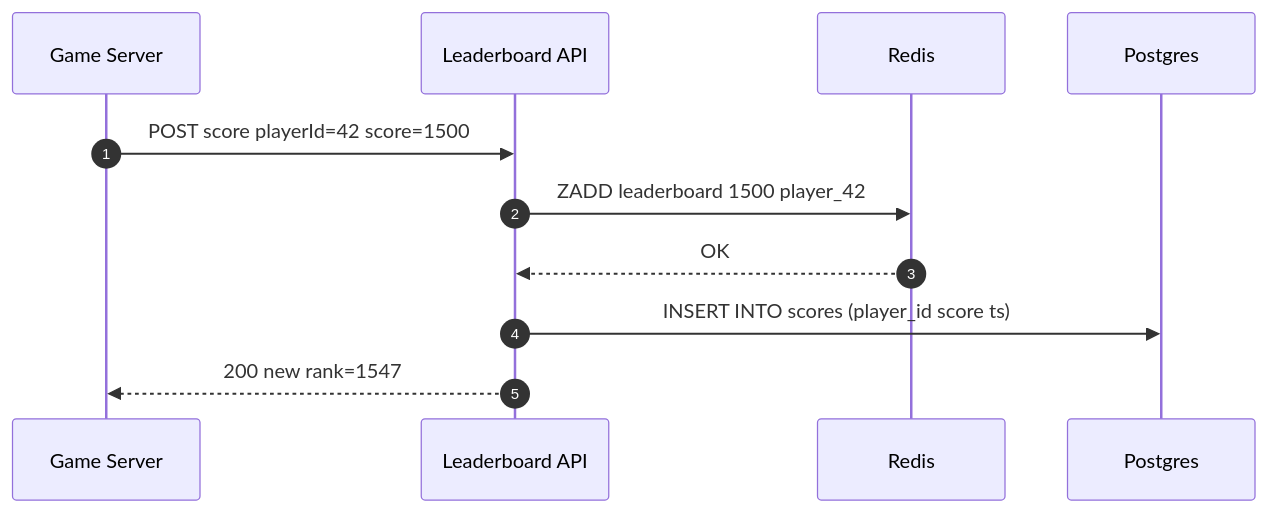
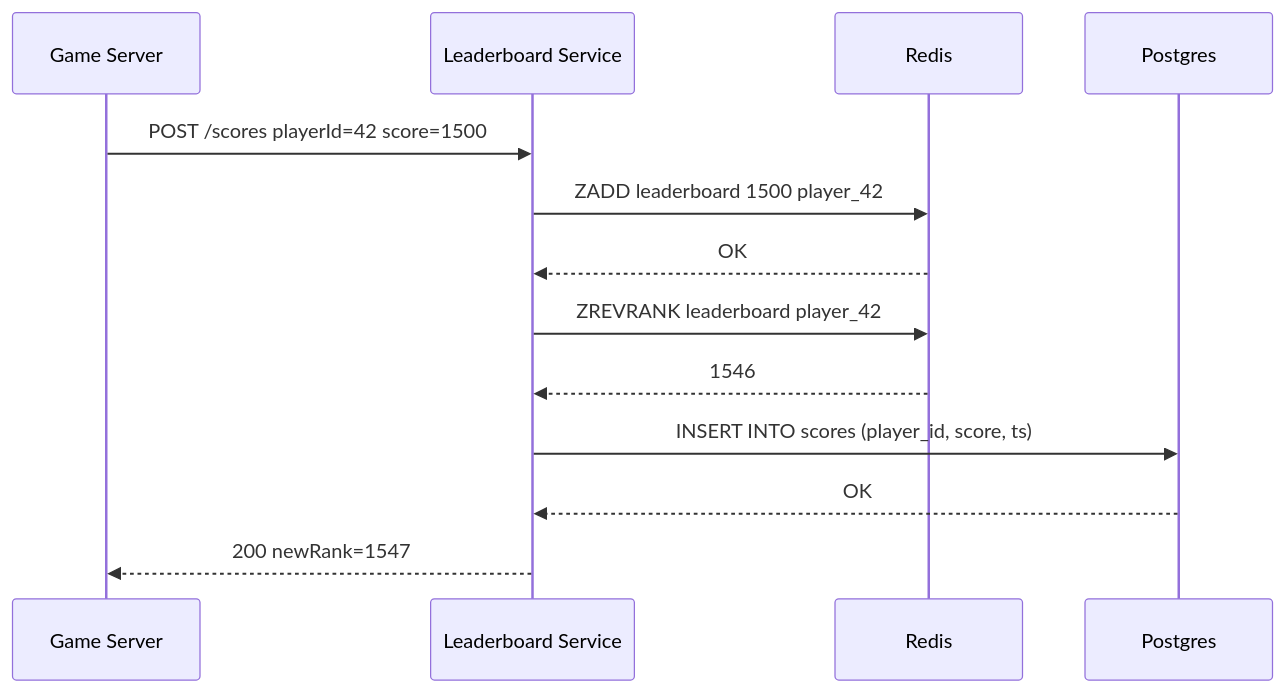
One commit to iluzn/HLD-Designs changed the fifth of 7 diagrams in content/hld/Leaderboard.md. Above: the diagram before and after it, drawn with Mermaid. The commit also changed other lines of this file and 1 other file, not shown here.

Commit message:
rewrite Pastebin + Leaderboard in Hello Interview style: incremental FR-by-FR build

````diff
--- a/content/hld/Leaderboard.md
+++ b/content/hld/Leaderboard.md
@@ -163,14 +261,16 @@
 ```mermaid
 sequenceDiagram
-    autonumber
     participant G as Game Server
-    participant API as Leaderboard API
+    participant API as Leaderboard Service
     participant R as Redis
     participant DB as Postgres
 
-    G->>API: POST score playerId=42 score=1500
+    G->>API: POST /scores playerId=42 score=1500
     API->>R: ZADD leaderboard 1500 player_42
     R-->>API: OK
-    API->>DB: INSERT INTO scores (player_id score ts)
-    API-->>G: 200 new rank=1547
+    API->>R: ZREVRANK leaderboard player_42
+    R-->>API: 1546
+    API->>DB: INSERT INTO scores (player_id, score, ts)
+    DB-->>API: OK
+    API-->>G: 200 newRank=1547
 ```
````
